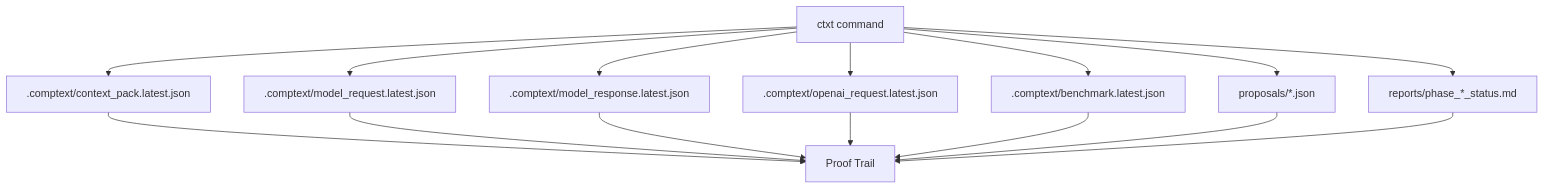
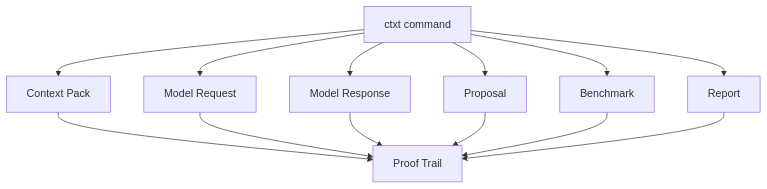
One commit to ProfRandom92/comptext-cli changed the fourth of 7 diagrams in README.md. Above: the diagram before and after it, drawn with Mermaid. The commit also changed other lines of this file, not shown here.

````diff
--- a/README.md
+++ b/README.md
@@ -327,18 +233,15 @@
 ```mermaid
 flowchart TD
-    CTX[ctxt command] --> CP[.comptext/context_pack.latest.json]
-    CTX --> MR[.comptext/model_request.latest.json]
-    CTX --> MS[.comptext/model_response.latest.json]
-    CTX --> ORQ[.comptext/openai_request.latest.json]
-    CTX --> BA[.comptext/benchmark.latest.json]
-    CTX --> PP[proposals/*.json]
-    CTX --> RP[reports/phase_*_status.md]
-
-    CP --> Proof[Proof Trail]
-    MR --> Proof
-    MS --> Proof
-    ORQ --> Proof
-    BA --> Proof
-    PP --> Proof
-    RP --> Proof
+    CMD[ctxt command] --> CP[Context Pack]
+    CMD --> REQ[Model Request]
+    CMD --> RESP[Model Response]
+    CMD --> PROP[Proposal]
+    CMD --> BENCH[Benchmark]
+    CMD --> REPORT[Report]
+    CP --> PROOF[Proof Trail]
+    REQ --> PROOF
+    RESP --> PROOF
+    PROP --> PROOF
+    BENCH --> PROOF
+    REPORT --> PROOF
 ```
````
